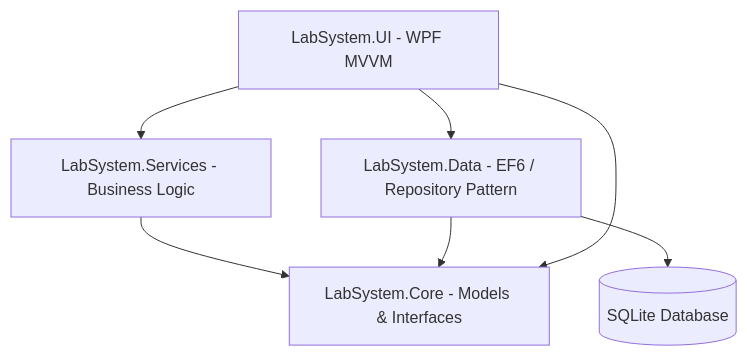
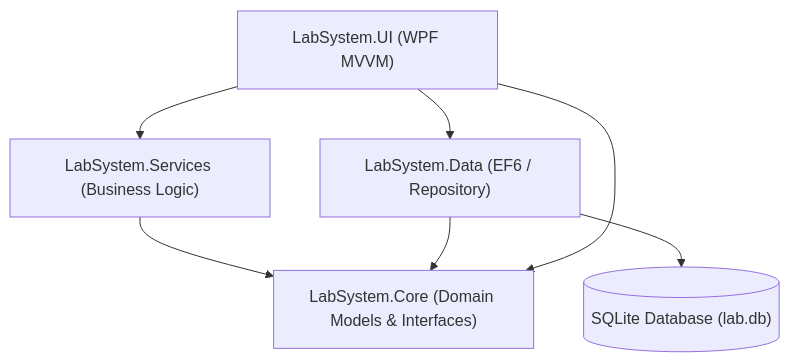
Before and after one commit to Shujju5583X/Quality-diagnostics-center: the diagram in README.md, drawn with Mermaid. The commit also changed other lines of this file and 1 other file, not shown here.

Commit message:
docs & chore: update README.md and .gitignore to accurately reflect the laboratory system features

````diff
--- a/README.md
+++ b/README.md
@@ -24,9 +49,9 @@
 ```mermaid
 graph TD
-    UI[LabSystem.UI - WPF MVVM] --> Services[LabSystem.Services - Business Logic]
-    UI --> Data[LabSystem.Data - EF6 / Repository Pattern]
-    Services --> Core[LabSystem.Core - Models & Interfaces]
+    UI["LabSystem.UI (WPF MVVM)"] --> Services["LabSystem.Services (Business Logic)"]
+    UI --> Data["LabSystem.Data (EF6 / Repository)"]
+    Services --> Core["LabSystem.Core (Domain Models & Interfaces)"]
     Data --> Core
     UI --> Core
-    Data --> DB[(SQLite Database)]
+    Data --> DB[("SQLite Database (lab.db)")]
 ```
````
